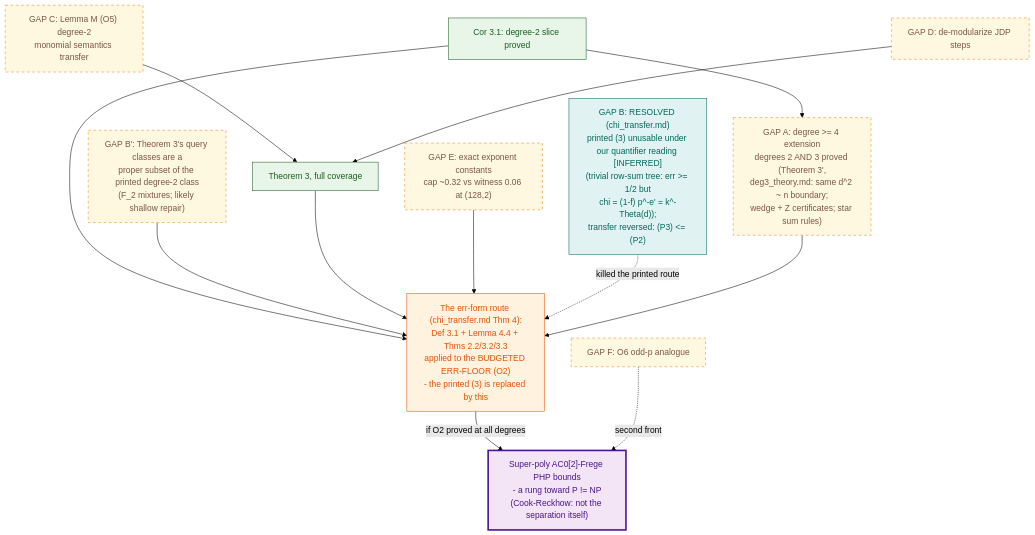
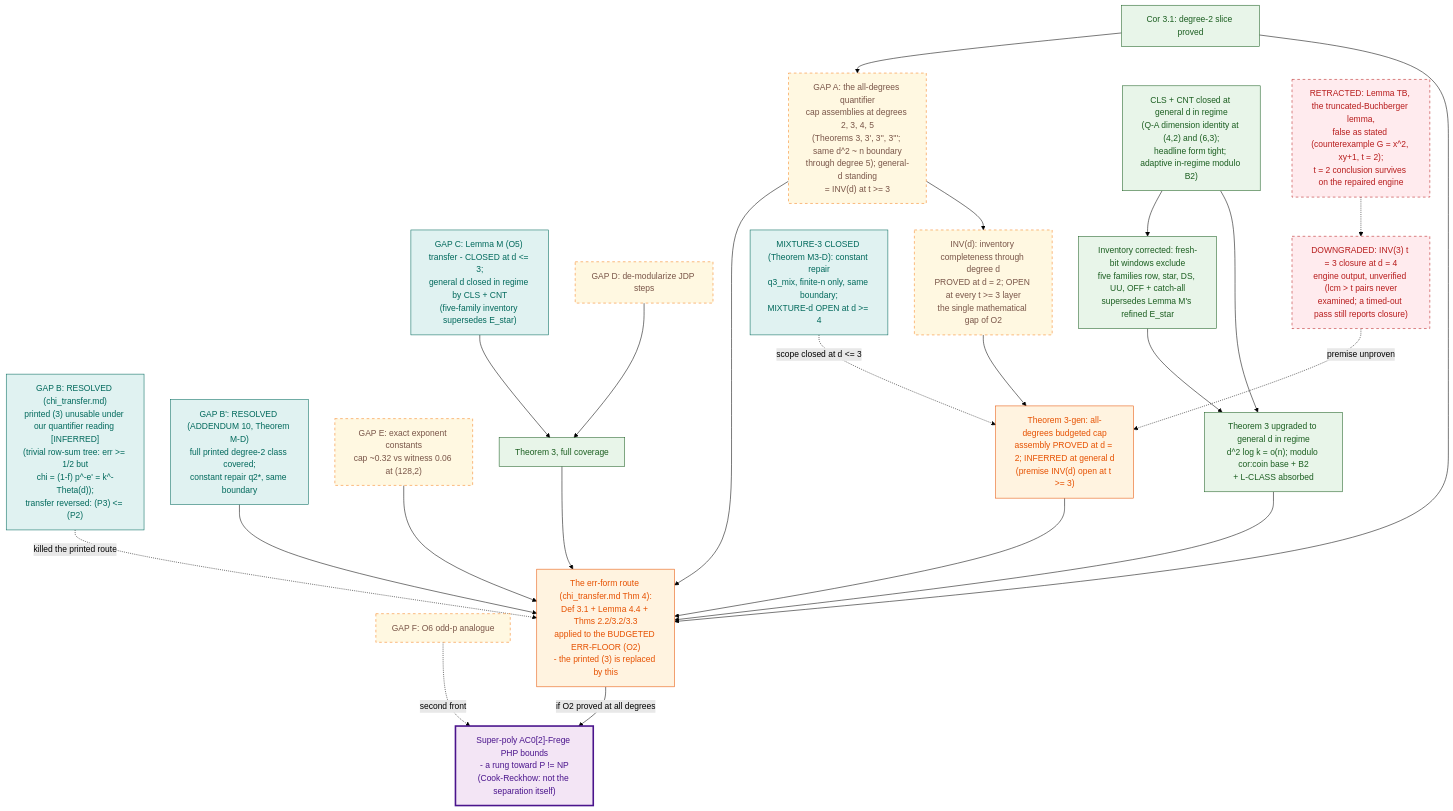
Before and after one commit to TomzxCode/p-np: the third of 3 diagrams in docs/theorem_map.md, drawn with Mermaid (forest theme). The commit also changed other lines of this file and 2 other files, not shown here.

Commit message:
Reconcile newest wave into the current statement (CLS/CNT general-d, degree-5 slice, MIXTURE-3, Lemma M five-family inventory, Theorem 3 at general d) + registry CR-2.16..2.21; theorem map: INV(3) downgraded, GAP B phrasing downgraded, provenance note current

````diff
--- a/docs/theorem_map.md
+++ b/docs/theorem_map.md
@@ -91,32 +91,51 @@
 ```mermaid
 flowchart TD
     COR31["Cor 3.1: degree-2 slice proved"]:::proved
-    GAPD3["GAP A: degree >= 4 extension<br/>degrees 2 AND 3 proved (Theorem 3',<br/>deg3_theory.md: same d^2 ~ n boundary;<br/>wedge + Z certificates; star sum rules)"]:::gap
+    GAPD3["GAP A: the all-degrees quantifier<br/>cap assemblies at degrees 2, 3, 4, 5<br/>(Theorems 3, 3', 3'', 3'''; same d^2 ~ n boundary<br/>through degree 5); general-d standing<br/>= INV(d) at t >= 3"]:::gap
     GAPB["GAP B: RESOLVED (chi_transfer.md)<br/>printed (3) unusable under our quantifier reading [INFERRED]<br/>(trivial row-sum tree: err >= 1/2 but<br/>chi = (1-f) p^-e' = k^-Theta(d));<br/>transfer reversed: (P3) <= (P2)"]:::resolved
-    MIX["GAP B': Theorem 3's query classes are a<br/>proper subset of the printed degree-2 class<br/>(F_2 mixtures; likely shallow repair)"]:::gap
-    GAPLM["GAP C: Lemma M (O5) degree-2<br/>monomial semantics transfer"]:::gap
+    MIX["GAP B': RESOLVED (ADDENDUM 10, Theorem M-D)<br/>full printed degree-2 class covered;<br/>constant repair q2*, same boundary"]:::resolved
+    GAPLM["GAP C: Lemma M (O5) transfer - CLOSED at d <= 3;<br/>general d closed in regime by CLS + CNT<br/>(five-family inventory supersedes E_star)"]:::resolved
     GAPJDP["GAP D: de-modularize JDP steps"]:::gap
     GAPCST["GAP E: exact exponent constants<br/>cap ~0.32 vs witness 0.06 at (128,2)"]:::gap
     GAPO6["GAP F: O6 odd-p analogue"]:::gap
+    CLSCNT["CLS + CNT closed at general d in regime<br/>(Q-A dimension identity at (4,2) and (6,3);<br/>headline form tight; adaptive in-regime modulo B2)"]:::proved
+    INVFAM["Inventory corrected: fresh-bit windows exclude<br/>five families row, star, DS, UU, OFF + catch-all<br/>supersedes Lemma M's refined E_star"]:::proved
+    TH3GD["Theorem 3 upgraded to general d in regime<br/>d^2 log k = o(n); modulo cor:coin base + B2<br/>+ L-CLASS absorbed"]:::proved
+    MIX3["MIXTURE-3 CLOSED (Theorem M3-D): constant repair<br/>q3_mix, finite-n only, same boundary;<br/>MIXTURE-d OPEN at d >= 4"]:::resolved
+    TB["RETRACTED: Lemma TB, the truncated-Buchberger lemma,<br/>false as stated (counterexample G = x^2, xy+1, t = 2);<br/>t = 2 conclusion survives on the repaired engine"]:::retr
+    INV3["DOWNGRADED: INV(3) t = 3 closure at d = 4<br/>engine output, unverified (lcm > t pairs never<br/>examined; a timed-out pass still reports closure)"]:::retr
+    INVD["INV(d): inventory completeness through degree d<br/>PROVED at d = 2; OPEN at every t >= 3 layer<br/>the single mathematical gap of O2"]:::gap
+    GEN3["Theorem 3-gen: all-degrees budgeted cap<br/>assembly PROVED at d = 2; INFERRED at general d<br/>(premise INV(d) open at t >= 3)"]:::cond
     ROUTE["The err-form route (chi_transfer.md Thm 4):<br/>Def 3.1 + Lemma 4.4 + Thms 2.2/3.2/3.3<br/>applied to the BUDGETED ERR-FLOOR (O2)<br/>- the printed (3) is replaced by this"]:::cond
     OBJ["Super-poly AC0[2]-Frege PHP bounds<br/>- a rung toward P != NP<br/>(Cook-Reckhow: not the separation itself)"]:::goal
 
     COR31 --> GAPD3
     COR31 --> ROUTE
     MIX --> ROUTE
     TH3X["Theorem 3, full coverage"]:::proved
     GAPLM --> TH3X
     GAPJDP --> TH3X
     TH3X --> ROUTE
     GAPCST --> ROUTE
     GAPB -.->|killed the printed route| ROUTE
     GAPD3 --> ROUTE
     ROUTE -->|"if O2 proved at all degrees"| OBJ
     GAPO6 -.->|second front| OBJ
+    CLSCNT --> INVFAM
+    CLSCNT --> TH3GD
+    INVFAM --> TH3GD
+    TB -.-> INV3
+    INV3 -.->|premise unproven| GEN3
+    INVD --> GEN3
+    MIX3 -.->|scope closed at d <= 3| GEN3
+    GAPD3 --> INVD
+    TH3GD --> ROUTE
+    GEN3 --> ROUTE
 
     classDef proved fill:#e8f5e9,stroke:#1b5e20,color:#1b5e20
+    classDef retr fill:#ffebee,stroke:#b71c1c,color:#b71c1c,stroke-dasharray: 5 5
     classDef gap fill:#fff8e1,stroke:#f57f17,color:#795548,stroke-dasharray: 5 5
     classDef resolved fill:#e0f2f1,stroke:#00695c,color:#00695c
     classDef cond fill:#fff3e0,stroke:#e65100,color:#e65100
     classDef goal fill:#f3e5f5,stroke:#4a148c,color:#4a148c,stroke-width:3px
 ```
````
